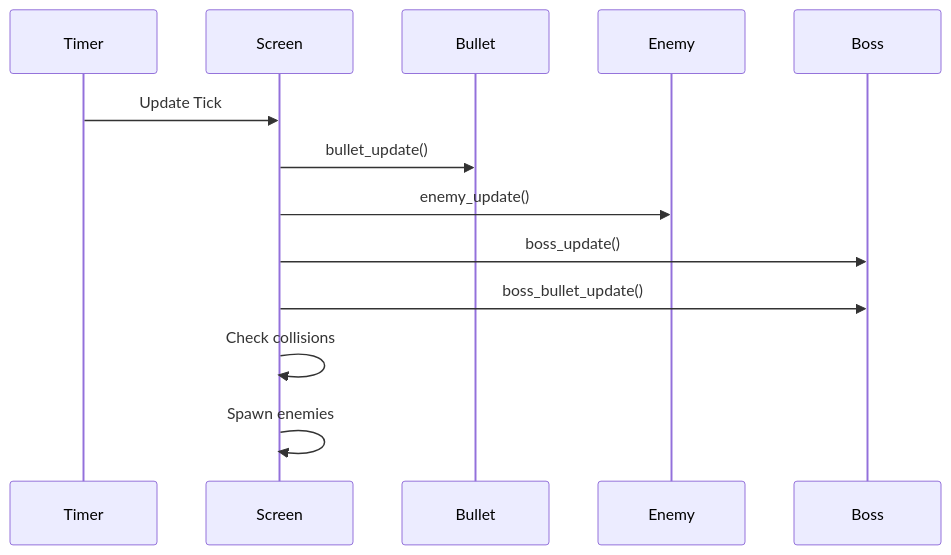
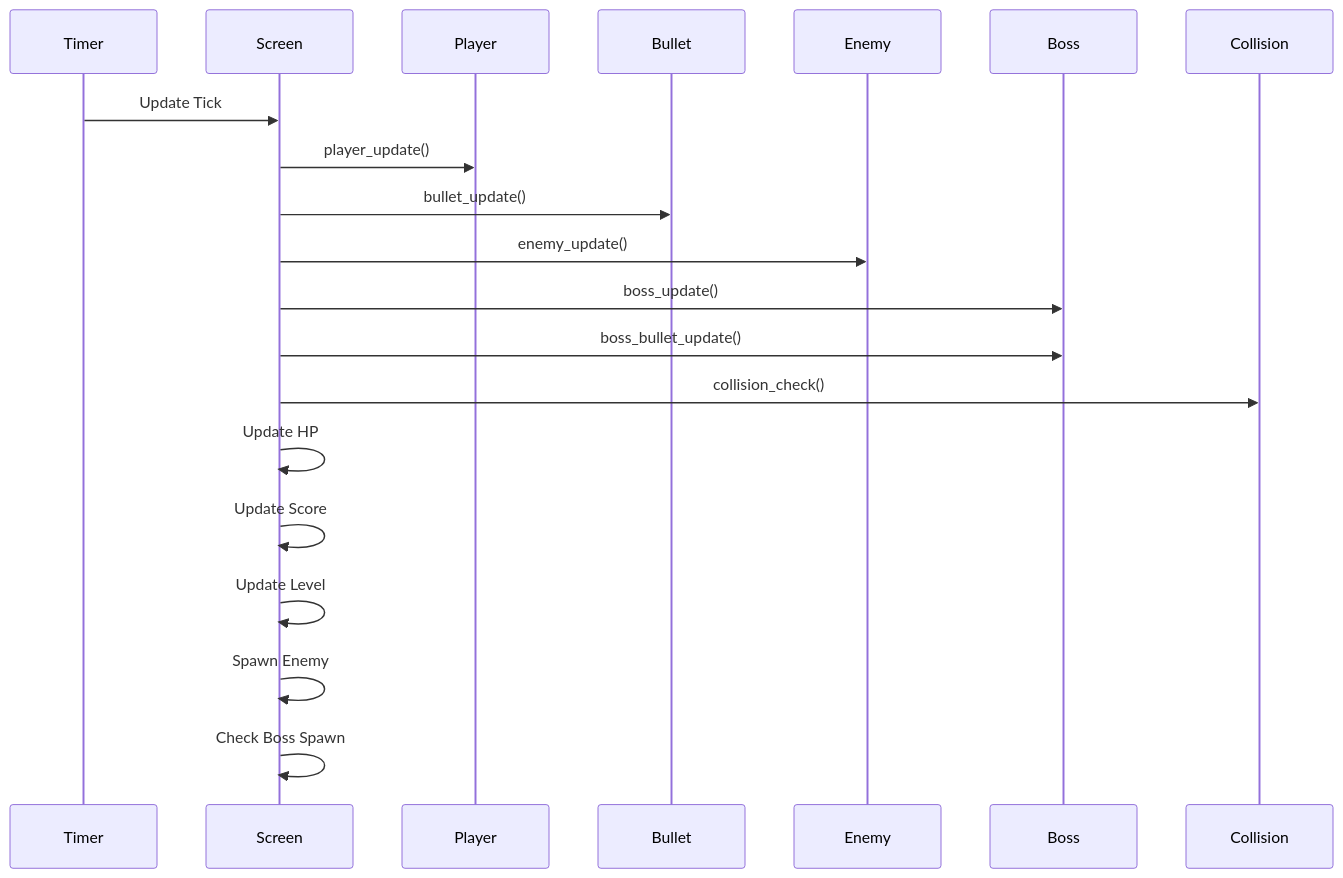
One commit to phihungnguyen1402-byte/Monster-Shooter_Game changed the sixth of 9 diagrams in application/docs/03-software-architecture.md. Above: the diagram before and after it, drawn with Mermaid. The commit also changed other lines of this file, not shown here.

````diff
--- a/application/docs/03-software-architecture.md
+++ b/application/docs/03-software-architecture.md
@@ -187,23 +204,35 @@
 ```mermaid
 sequenceDiagram
 
 participant Timer
 participant Screen
+participant Player
 participant Bullet
 participant Enemy
 participant Boss
+participant Collision
 
 Timer->>Screen: Update Tick
+
+Screen->>Player: player_update()
 
 Screen->>Bullet: bullet_update()
 
 Screen->>Enemy: enemy_update()
 
 Screen->>Boss: boss_update()
 
 Screen->>Boss: boss_bullet_update()
 
-Screen->>Screen: Check collisions
+Screen->>Collision: collision_check()
 
-Screen->>Screen: Spawn enemies
+Screen->>Screen: Update HP
+
+Screen->>Screen: Update Score
+
+Screen->>Screen: Update Level
+
+Screen->>Screen: Spawn Enemy
+
+Screen->>Screen: Check Boss Spawn
 ```
````
